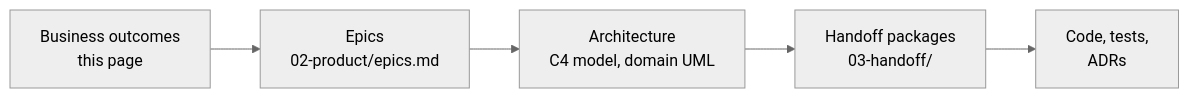
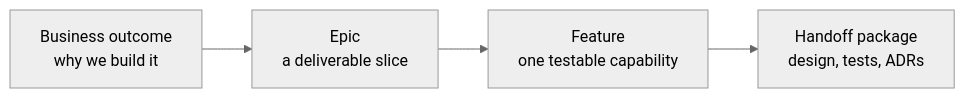
Before and after one commit to ngnquanq/credit-risk-ml-system: the first of 2 diagrams in docs/01-business/business-outcomes.md, drawn with Mermaid (neutral theme). The commit also changed other lines of this file and 24 other files, not shown here.

First line of the commit message:
docs: define every outcome and epic code, and link each mention to its definition

````diff
--- a/docs/01-business/business-outcomes.md
+++ b/docs/01-business/business-outcomes.md
@@ -5,7 +5,6 @@
 ```mermaid
 flowchart LR
-    O[Business outcomes<br/>this page] --> E[Epics<br/>02-product/epics.md]
-    E --> A[Architecture<br/>C4 model, domain UML]
-    A --> H[Handoff packages<br/>03-handoff/]
-    H --> C[Code, tests,<br/>ADRs]
+    O["Business outcome<br/>why we build it"] --> E["Epic<br/>a deliverable slice"]
+    E --> F["Feature<br/>one testable capability"]
+    F --> H["Handoff package<br/>design, tests, ADRs"]
 ```
````
